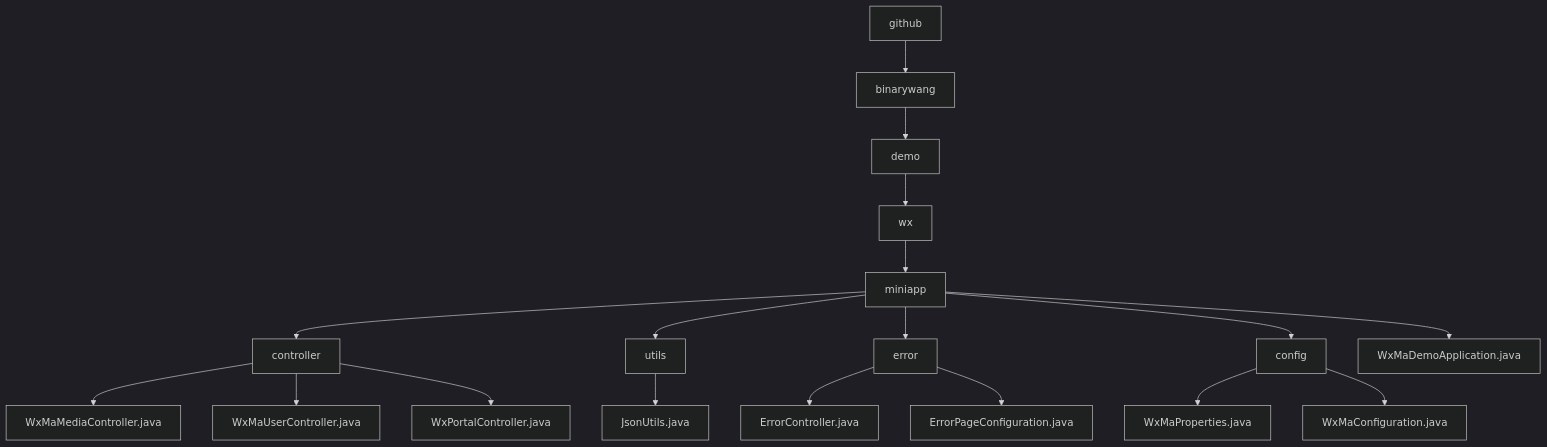
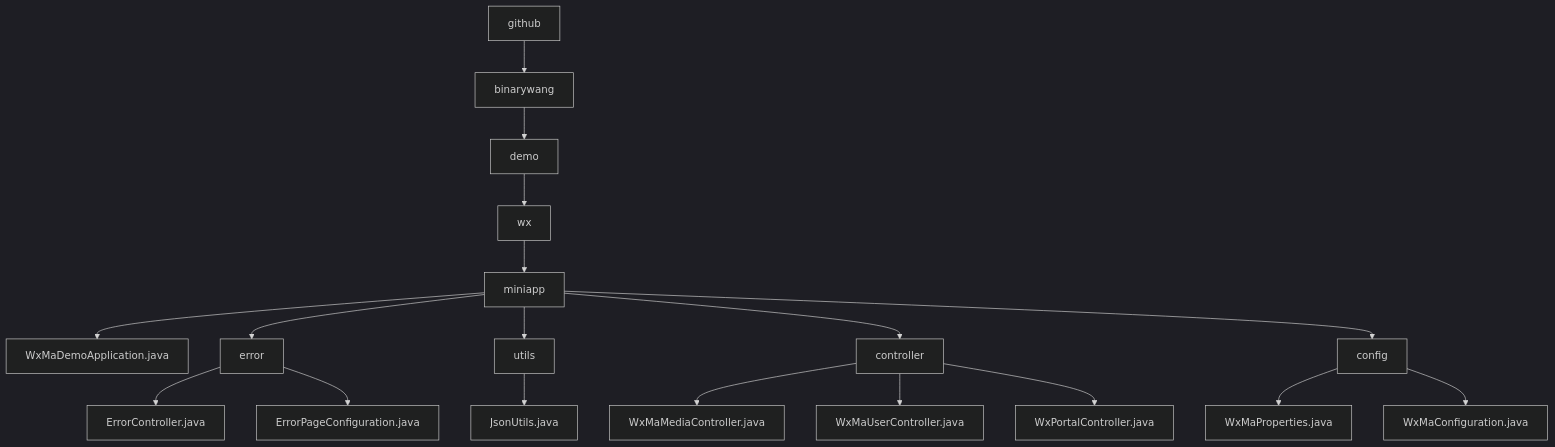
One commit to v-wjrong/rongwj666_weixin-java-miniapp-demo changed the diagram in docs/en/docs/src/main/java/com/github/_module.md. Above: the diagram before and after it, drawn with Mermaid (dark theme). The commit also changed other lines of this file and 42 other files, not shown here.

````diff
--- a/docs/en/docs/src/main/java/com/github/_module.md
+++ b/docs/en/docs/src/main/java/com/github/_module.md
@@ -22,20 +22,20 @@
 ```mermaid
 graph TD
     github --> binarywang
     binarywang --> demo
     demo --> wx
     wx --> miniapp
+    miniapp --> WxMaDemoApplication.java
+    miniapp --> error
+    miniapp --> utils
     miniapp --> controller
-    miniapp --> utils
-    miniapp --> error
     miniapp --> config
-    miniapp --> WxMaDemoApplication.java
+    error --> ErrorController.java
+    error --> ErrorPageConfiguration.java
+    utils --> JsonUtils.java
     controller --> WxMaMediaController.java
     controller --> WxMaUserController.java
     controller --> WxPortalController.java
-    utils --> JsonUtils.java
-    error --> ErrorController.java
-    error --> ErrorPageConfiguration.java
     config --> WxMaProperties.java
     config --> WxMaConfiguration.java
 ```
````
